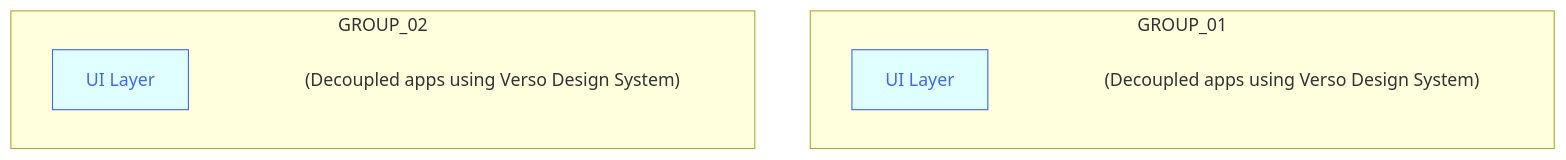
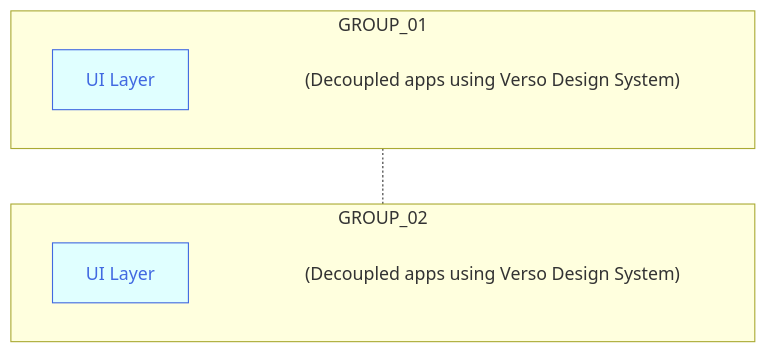
Before and after one commit to joe-dorward/samples: the diagram in buttons_mermaid_v5.md, drawn with Mermaid.

````diff
--- a/buttons_mermaid_v5.md
+++ b/buttons_mermaid_v5.md
@@ -3,36 +3,36 @@
 ```mermaid
   %%{
     init: {
       "flowchart": { "markdownAutoWrap":"false", "textWrap":"false", "wrappingWidth": "100%" }
     }
   }%%
   flowchart TD
 
   classDef Button fill:lightcyan, stroke:royalblue, color:royalblue;
   classDef Note fill:transparent, stroke-width:0px
   %% ---------- ---------- ---------- ---------- ---------- ---------- ---------- ---------- ---------- ----------
   subgraph GROUP_01
     direction LR
 
     BUTTON_01["UI Layer"]:::Button
     click BUTTON_01 "https://en.wikipedia.org/wiki/Main_Page" _blank
     BUTTON_01_NOTE["(Decoupled apps using Verso Design System)"]:::Note
 
     BUTTON_01~~~
     BUTTON_01_NOTE
   end
 
   subgraph GROUP_02
     direction LR
 
     BUTTON_02["UI Layer"]:::Button
     click BUTTON_02 "https://en.wikipedia.org/wiki/Main_Page" _blank
     BUTTON_02_NOTE["(Decoupled apps using Verso Design System)"]:::Note
 
     BUTTON_02~~~
     BUTTON_02_NOTE
   end
 
-
+GROUP_01-.-GROUP_02
 
 ```
````
